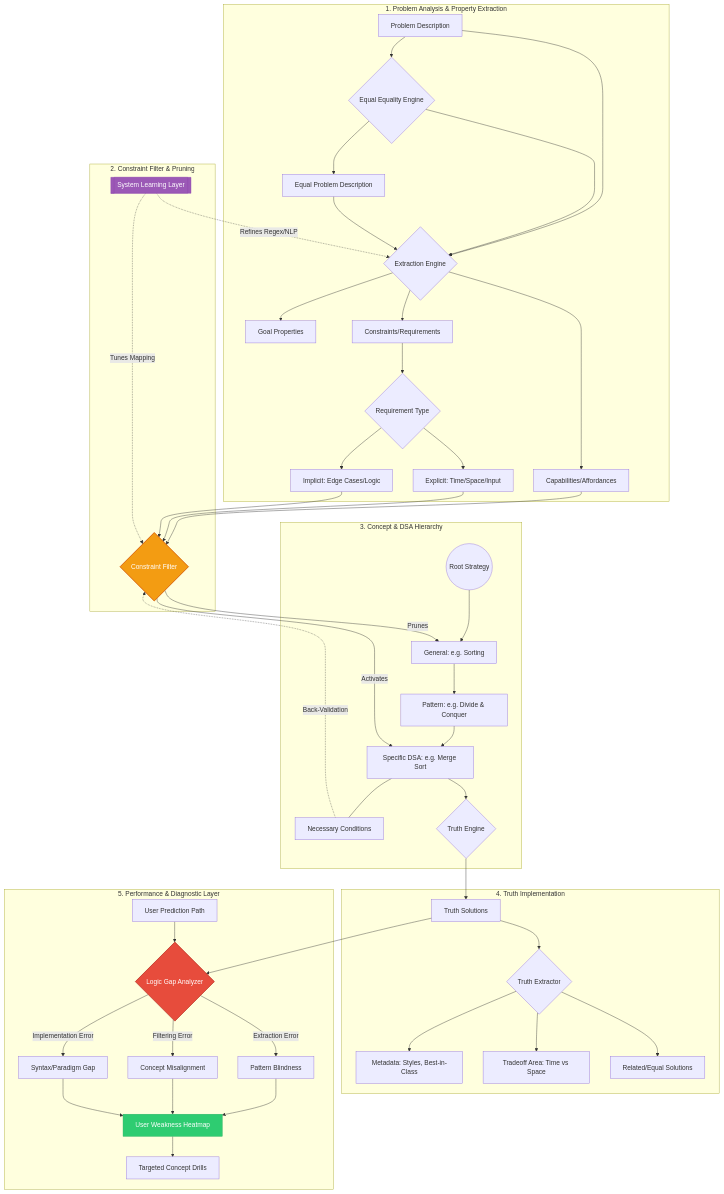
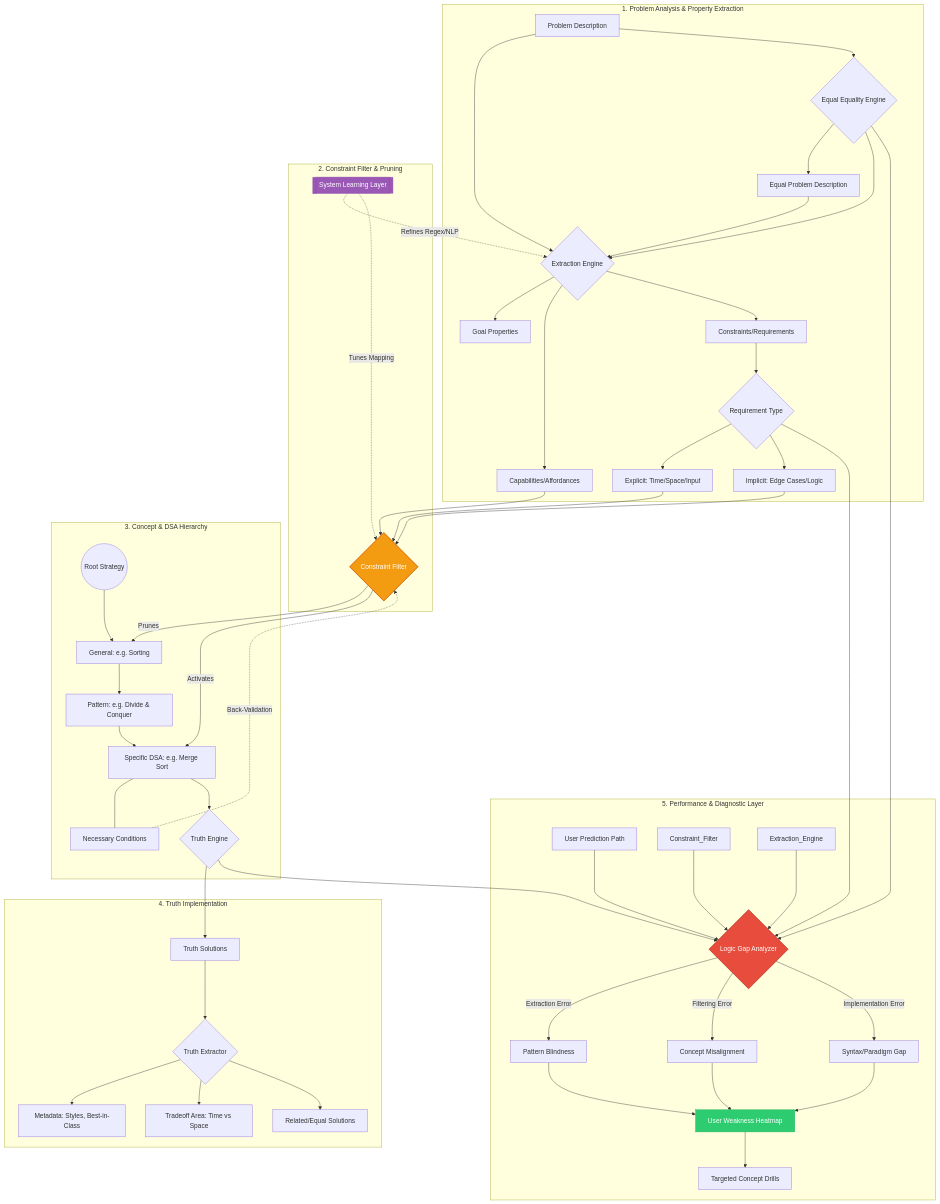
Before and after one commit to tbrumbaugh5396/another_code_trainer: the diagram in README.md, drawn with Mermaid. The commit also changed 1 other file, not shown here.

````diff
--- a/README.md
+++ b/README.md
@@ -1,77 +1,81 @@
 ```mermaid
 graph TD
     %% --- LAYER 1: DATA INGESTION & FEATURE EXTRACTION ---
     subgraph Ingestion_Layer [1. Problem Analysis & Property Extraction]
         P_Raw[Problem Description]         --> P_Analytic{Extraction Engine}
         P_Raw                              --> Equality_Engine{Equal Equality Engine}
         
         Equality_Engine                    --> P_Raw_Equal[Equal Problem Description]
         
 
         P_Analytic                         --> P_Goal[Goal Properties]
         P_Analytic                         --> P_Cap[Capabilities/Affordances]
         P_Analytic                         --> P_Con[Constraints/Requirements]
         
         P_Con                              --> Req_Type{Requirement Type}
         Req_Type                           --> Req_Exp[Explicit: Time/Space/Input]
         Req_Type                           --> Req_Imp[Implicit: Edge Cases/Logic]
 
         Equality_Engine                    --> P_Analytic
         P_Raw_Equal                        --> P_Analytic
     end
 
     %% --- LAYER 2: THE INTERMEDIATE LOGIC GATE ---
     subgraph Logic_Gate [2. Constraint Filter & Pruning]
         P_Cap & Req_Exp & Req_Imp          --> CF_Gate{Constraint Filter}
         
         %% Component Learning (System)
         Sys_Learn[[System Learning Layer]] -.->|Refines Regex/NLP| P_Analytic
         Sys_Learn                          -.->|Tunes Mapping| CF_Gate
     end
 
     %% --- LAYER 3: CONCEPTUAL TAXONOMY (The Tree) ---
     subgraph Concept_Hierarchy [3. Concept & DSA Hierarchy]
         C_Root((Root Strategy))            --> C_General[General: e.g. Sorting]
         C_General                          --> C_Pattern[Pattern: e.g. Divide & Conquer]
         C_Pattern                          --> C_DSA[Specific DSA: e.g. Merge Sort]
         
         CF_Gate                            -->|Prunes| C_General
         CF_Gate                            -->|Activates| C_DSA
         
         C_DSA                              --- C_Nec[Necessary Conditions]
         C_Nec                              -.->|Back-Validation| CF_Gate
 
         C_DSA                              --> Truth_Engine{Truth Engine}
     end
 
     %% --- LAYER 4: SOLUTION OUTCOMES ---
     subgraph Solution_Outcomes [4. Truth Implementation]
         Truth_Engine                       --> T_Sol[Truth Solutions]
 
         T_Sol                              --> T_Truth_Extractor{Truth Extractor}
         T_Truth_Extractor                  --> S_Meta[Metadata: Styles, Best-in-Class]
         T_Truth_Extractor                  --> S_Trade[Tradeoff Area: Time vs Space]
         T_Truth_Extractor                  --> S_Rel[Related/Equal Solutions]
 
 
     end
 
     %% --- LAYER 5: THE USER LEARNING LAYER (The Performance Tracker) ---
     subgraph User_Learning [5. Performance & Diagnostic Layer]
         User_Input[User Prediction Path]   --> Compare{Logic Gap Analyzer}
-        T_Sol                              --> Compare
+        Truth_Engine                       --> Compare
+        Constraint_Filter                  --> Compare
+        Equality_Engine                    --> Compare
+        Extraction_Engine                  --> Compare
+        Req_Type                           --> Compare
         
         Compare                            -->|Extraction Error| D_Pattern[Pattern Blindness]
         Compare                            -->|Filtering Error| D_Logic[Concept Misalignment]
         Compare                            -->|Implementation Error| D_Skill[Syntax/Paradigm Gap]
         
         D_Pattern & D_Logic & D_Skill      --> Heatmap[User Weakness Heatmap]
         Heatmap                            --> Recommendation[Targeted Concept Drills]
     end
 
     %% Styling
     style CF_Gate fill:#f39c12,stroke:#d35400,stroke-width:2px,color:#fff
     style Sys_Learn fill:#9b59b6,stroke:#8e44ad,color:#fff
     style Compare fill:#e74c3c,stroke:#c0392b,stroke-width:2px,color:#fff
     style Heatmap fill:#2ecc71,stroke:#27ae60,color:#fff
 ```
````
